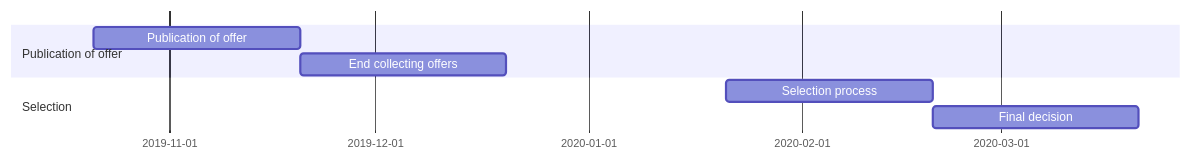
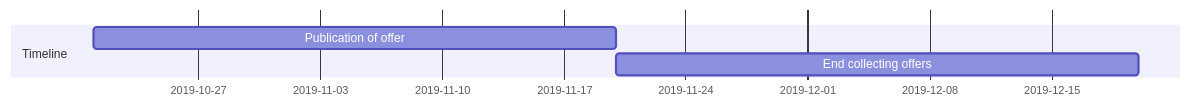
Before and after one commit to laurentperrinet/laurentperrinet.github.io: the diagram in content/post/2019-10-28_postdoc-position/index.md, drawn with Mermaid.

Commit message:
rebuilding site Sat Apr 25 08:55:26 CEST 2020

````diff
--- a/content/post/2019-10-28_postdoc-position/index.md
+++ b/content/post/2019-10-28_postdoc-position/index.md
@@ -64,10 +64,7 @@
 ```mermaid
 gantt
   dateFormat  YYYY-MM
-  section Publication of offer
-  Publication of offer           :a1, 2019-10-21 , 30d
+  section Timeline
+  Publication of offer           :2019-10-21 , 30d
   End collecting offers      :after a1 , 30d
-  section Selection
-  Selection process      :a2, 2020-01-21 , 30d
-  Final decision      :after a2 ,  30d
 ```
````
